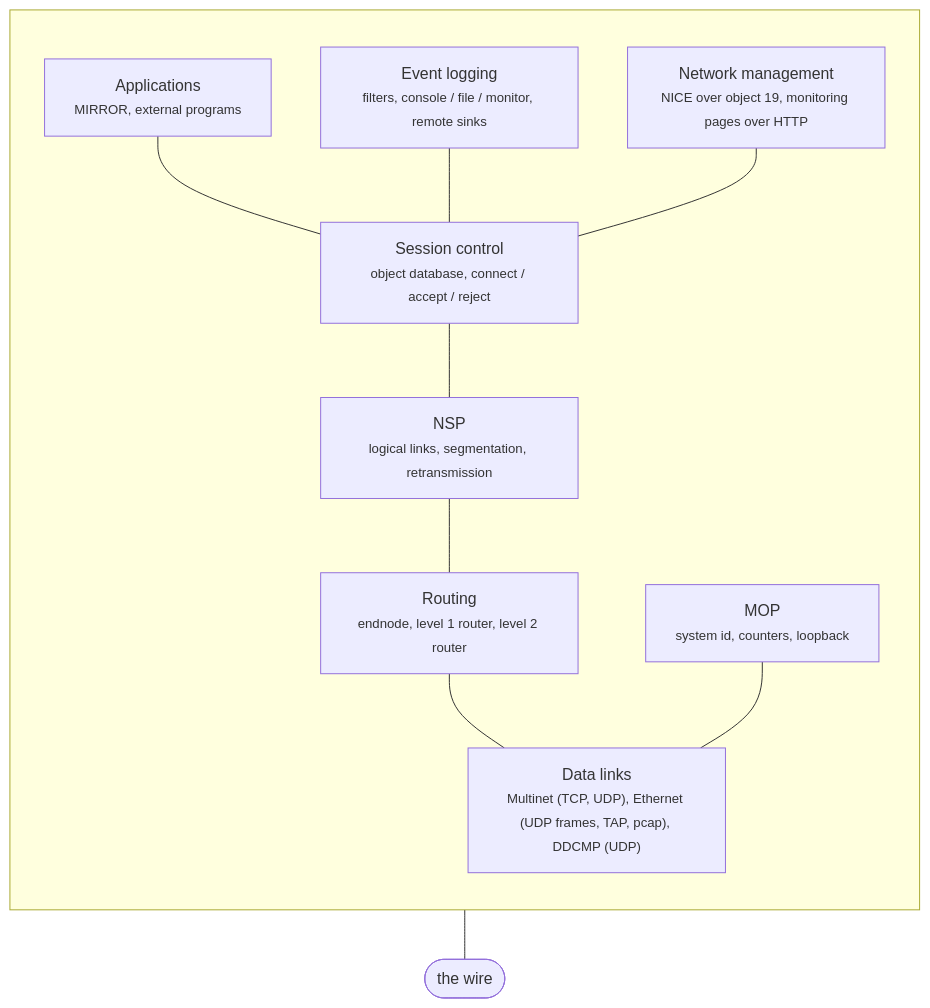
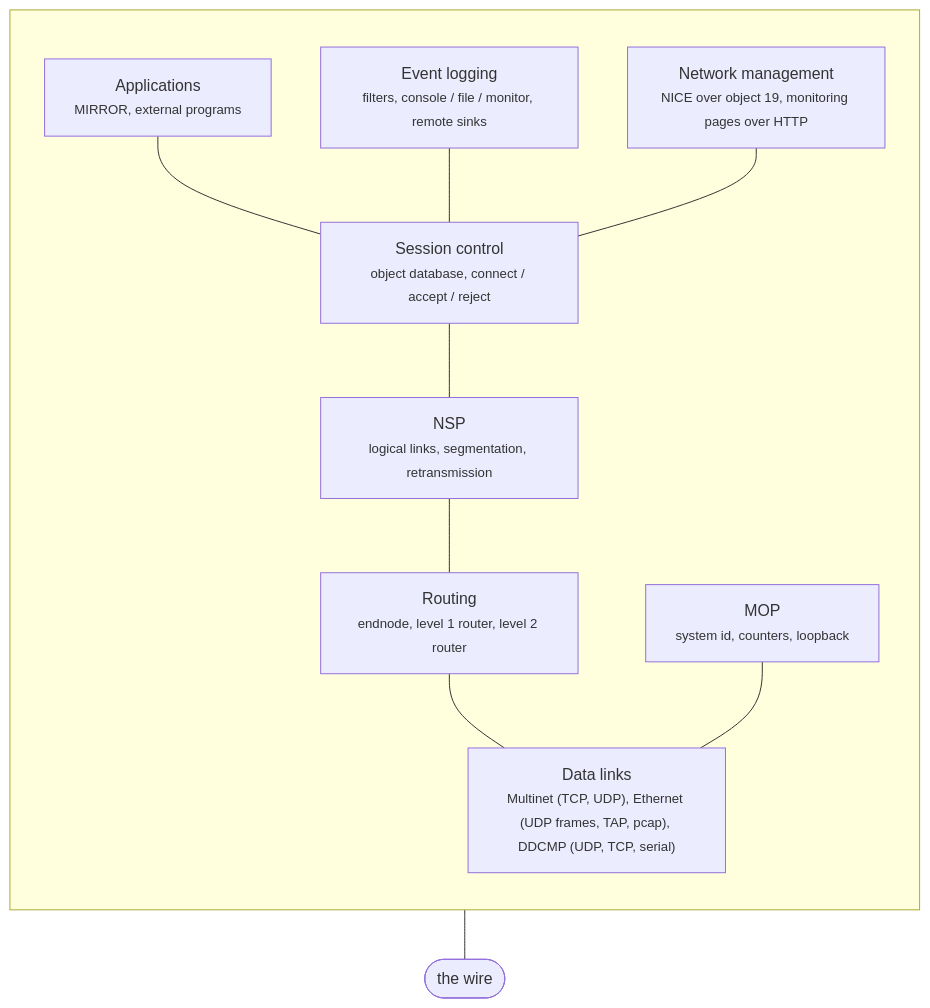
Before and after one commit to RichardPar/cppdecnet: the diagram in README.md, drawn with Mermaid. The commit also changed other lines of this file and 8 other files, not shown here.

````diff
--- a/README.md
+++ b/README.md
@@ -7,19 +7,19 @@
 ```mermaid
 flowchart TB
     subgraph done [" "]
       direction TB
       APP["Applications<br/><small>MIRROR, external programs</small>"]
       SC["Session control<br/><small>object database, connect / accept / reject</small>"]
       NSP["NSP<br/><small>logical links, segmentation, retransmission</small>"]
       RT["Routing<br/><small>endnode, level 1 router, level 2 router</small>"]
-      DL["Data links<br/><small>Multinet (TCP, UDP), Ethernet (UDP frames, TAP, pcap), DDCMP (UDP)</small>"]
+      DL["Data links<br/><small>Multinet (TCP, UDP), Ethernet (UDP frames, TAP, pcap), DDCMP (UDP, TCP, serial)</small>"]
       APP --- SC --- NSP --- RT --- DL
       MOP["MOP<br/><small>system id, counters, loopback</small>"]
       MOP --- DL
       EV["Event logging<br/><small>filters, console / file / monitor, remote sinks</small>"]
       EV --- SC
       NM["Network management<br/><small>NICE over object 19, monitoring pages over HTTP</small>"]
       NM --- SC
     end
     DL --- WIRE(["the wire"])
 ```
````
